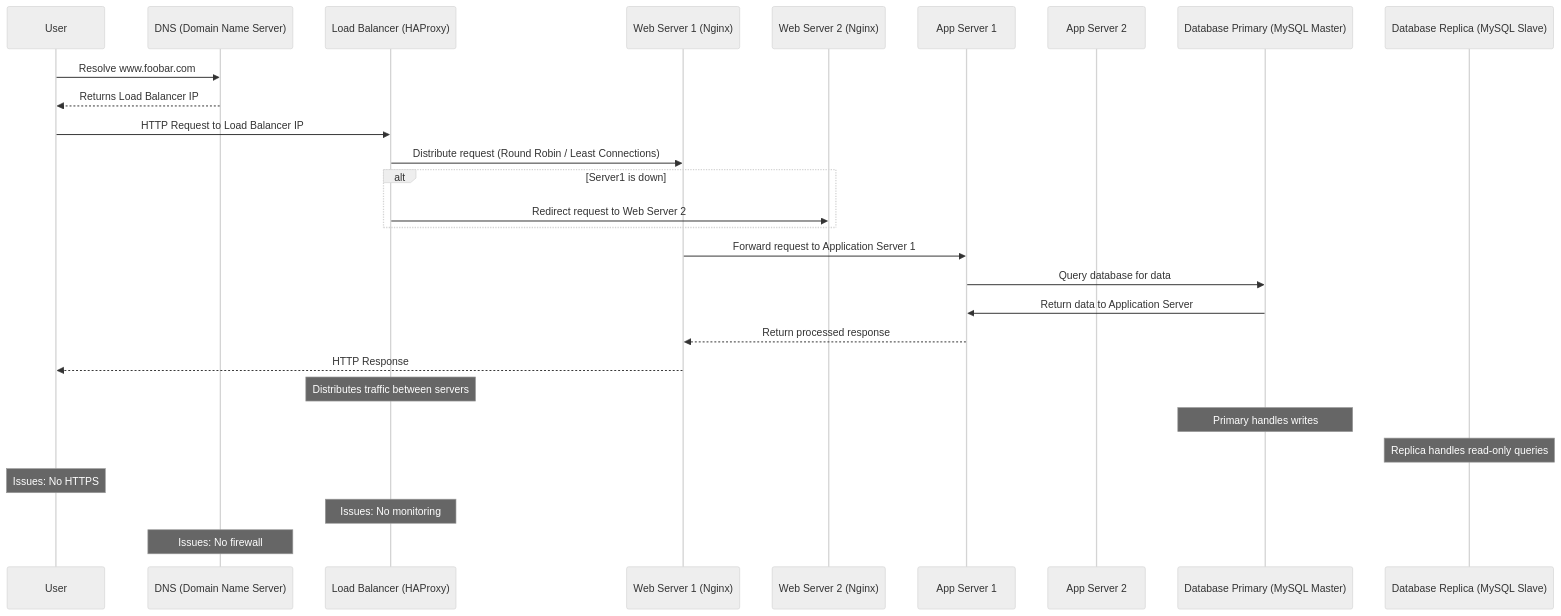
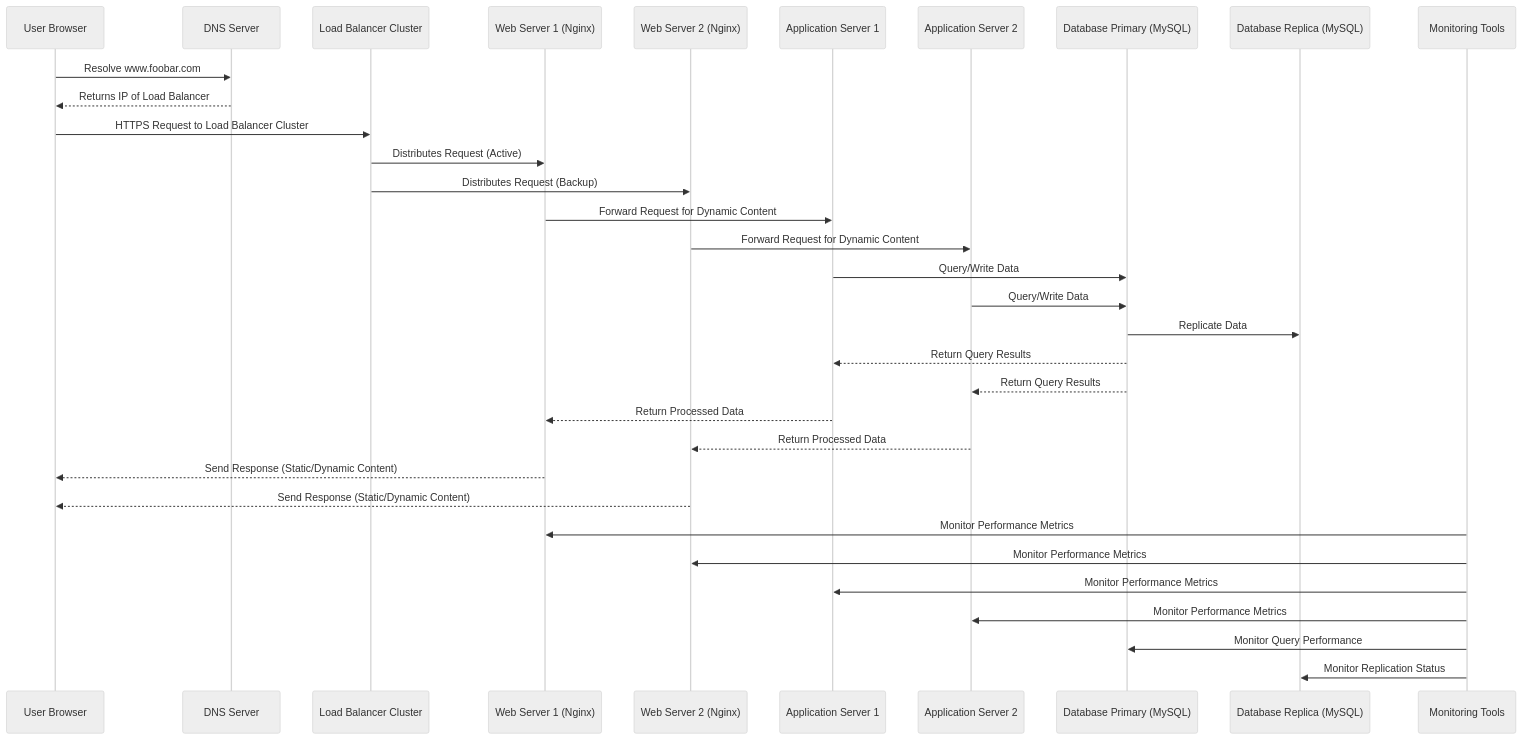
The diagram in web_infrastructure_design/task3ds.mmd (SDINAHET/web_infrastructure_design), drawn with Mermaid (neutral theme) before and after one commit. The commit also changed other lines of this file and 2 other files, not shown here.

Commit message:
Enhance sequence diagrams in scale-up documentation for clarity and detail, including monitoring interactions and updated participant names.

```diff
--- a/web_infrastructure_design/task3ds.mmd
+++ b/web_infrastructure_design/task3ds.mmd
@@ -1,30 +1,43 @@
 sequenceDiagram
-    participant User as User
-    participant DNS as DNS (Domain Name Server)
-    participant LoadBalancer as Load Balancer (HAProxy)
-    participant Server1 as Web Server 1 (Nginx)
-    participant Server2 as Web Server 2 (Nginx)
-    participant AppServer1 as App Server 1
-    participant AppServer2 as App Server 2
-    participant DBPrimary as Database Primary (MySQL Master)
-    participant DBReplica as Database Replica (MySQL Slave)
+    participant User as User Browser
+    participant DNS as DNS Server
+    participant LBCluster as Load Balancer Cluster
+    participant Web1 as Web Server 1 (Nginx)
+    participant Web2 as Web Server 2 (Nginx)
+    participant App1 as Application Server 1
+    participant App2 as Application Server 2
+    participant DBPrimary as Database Primary (MySQL)
+    participant DBReplica as Database Replica (MySQL)
+    participant Monitoring as Monitoring Tools
 
+    %% User interaction with DNS and Load Balancer
     User->>DNS: Resolve www.foobar.com
-    DNS-->>User: Returns Load Balancer IP
-    User->>LoadBalancer: HTTP Request to Load Balancer IP
-    LoadBalancer->>Server1: Distribute request (Round Robin / Least Connections)
-    alt Server1 is down
-        LoadBalancer->>Server2: Redirect request to Web Server 2
-    end
-    Server1->>AppServer1: Forward request to Application Server 1
-    AppServer1->>DBPrimary: Query database for data
-    DBPrimary->>AppServer1: Return data to Application Server
-    AppServer1-->>Server1: Return processed response
-    Server1-->>User: HTTP Response
+    DNS-->>User: Returns IP of Load Balancer
+    User->>LBCluster: HTTPS Request to Load Balancer Cluster
+    LBCluster->>Web1: Distributes Request (Active)
+    LBCluster->>Web2: Distributes Request (Backup)
 
-    Note over LoadBalancer: Distributes traffic between servers
-    Note over DBPrimary: Primary handles writes
-    Note over DBReplica: Replica handles read-only queries
-    Note over User: Issues: No HTTPS
-    Note over LoadBalancer: Issues: No monitoring
-    Note over DNS: Issues: No firewall
+    %% Web Server interaction with Application Servers
+    Web1->>App1: Forward Request for Dynamic Content
+    Web2->>App2: Forward Request for Dynamic Content
+
+    %% Application Server interaction with Database
+    App1->>DBPrimary: Query/Write Data
+    App2->>DBPrimary: Query/Write Data
+    DBPrimary->>DBReplica: Replicate Data
+    DBPrimary-->>App1: Return Query Results
+    DBPrimary-->>App2: Return Query Results
+
+    %% Response Flow
+    App1-->>Web1: Return Processed Data
+    App2-->>Web2: Return Processed Data
+    Web1-->>User: Send Response (Static/Dynamic Content)
+    Web2-->>User: Send Response (Static/Dynamic Content)
+
+    %% Monitoring Interaction
+    Monitoring->>Web1: Monitor Performance Metrics
+    Monitoring->>Web2: Monitor Performance Metrics
+    Monitoring->>App1: Monitor Performance Metrics
+    Monitoring->>App2: Monitor Performance Metrics
+    Monitoring->>DBPrimary: Monitor Query Performance
+    Monitoring->>DBReplica: Monitor Replication Status
```
